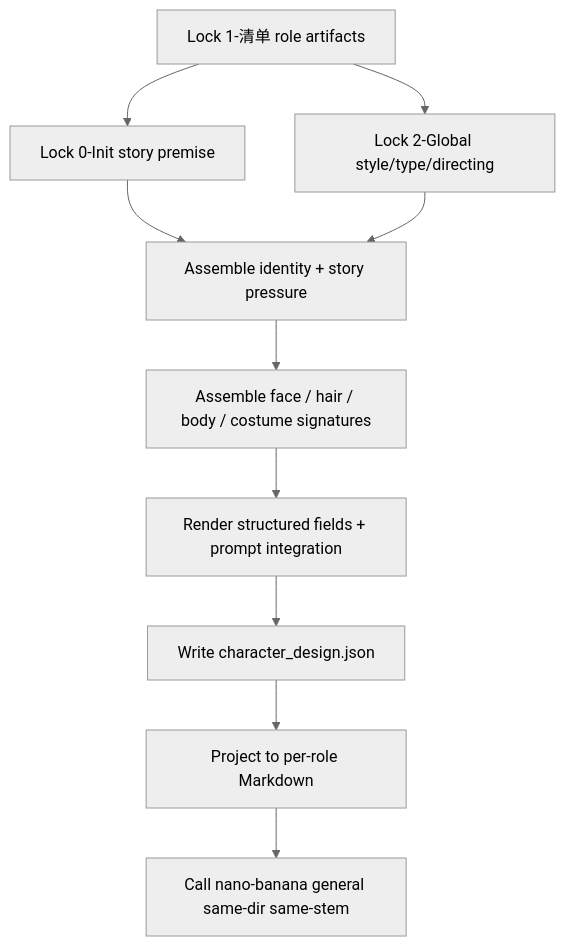
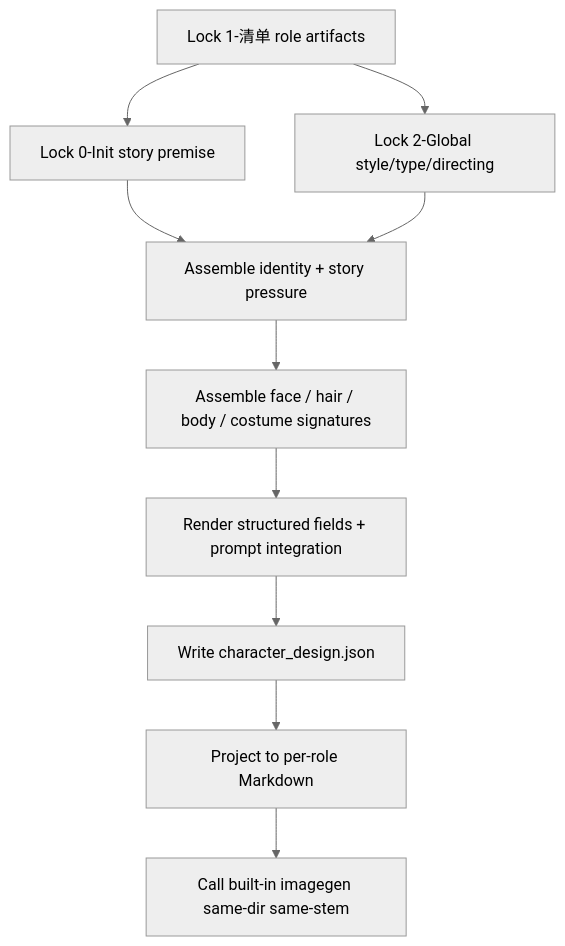
One commit to ZEN-VOID/AI-CUT changed the first of 3 diagrams in .agents/skills/aigc/4-Design/2-设计/角色/SKILL.md. Above: the diagram before and after it, drawn with Mermaid (neutral theme). The commit also changed other lines of this file and 59 other files, not shown here.

````diff
--- a/.agents/skills/aigc/4-Design/2-设计/角色/SKILL.md
+++ b/.agents/skills/aigc/4-Design/2-设计/角色/SKILL.md
@@ -206,12 +206,12 @@
 ```mermaid
 flowchart TD
     A["Lock 1-清单 role artifacts"] --> B["Lock 0-Init story premise"]
     A --> C["Lock 2-Global style/type/directing"]
     B --> D["Assemble identity + story pressure"]
     C --> D
     D --> E["Assemble face / hair / body / costume signatures"]
     E --> F["Render structured fields + prompt integration"]
     F --> G["Write character_design.json"]
     G --> H["Project to per-role Markdown"]
-    H --> I["Call nano-banana general same-dir same-stem"]
+    H --> I["Call built-in imagegen same-dir same-stem"]
 ```
````
